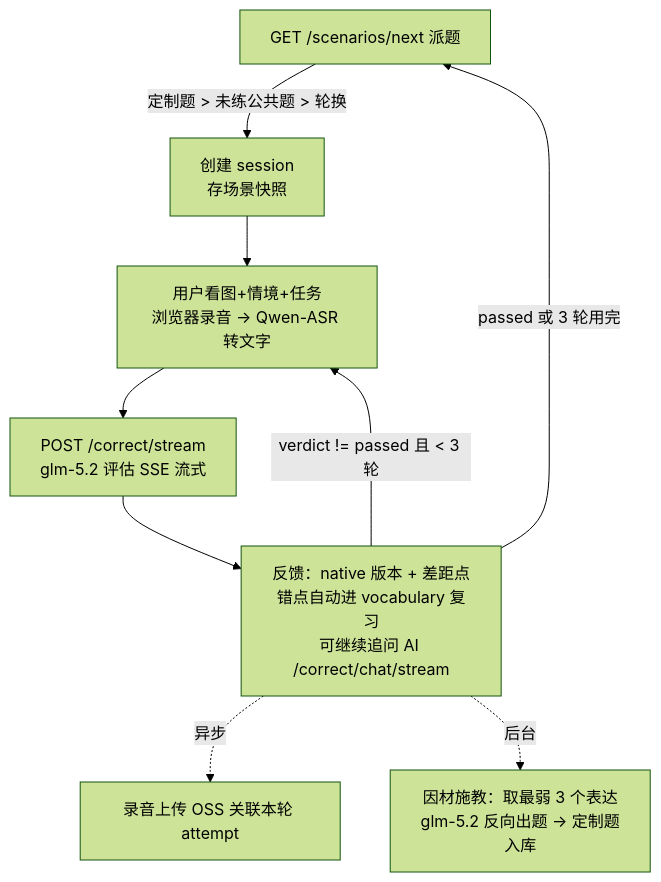
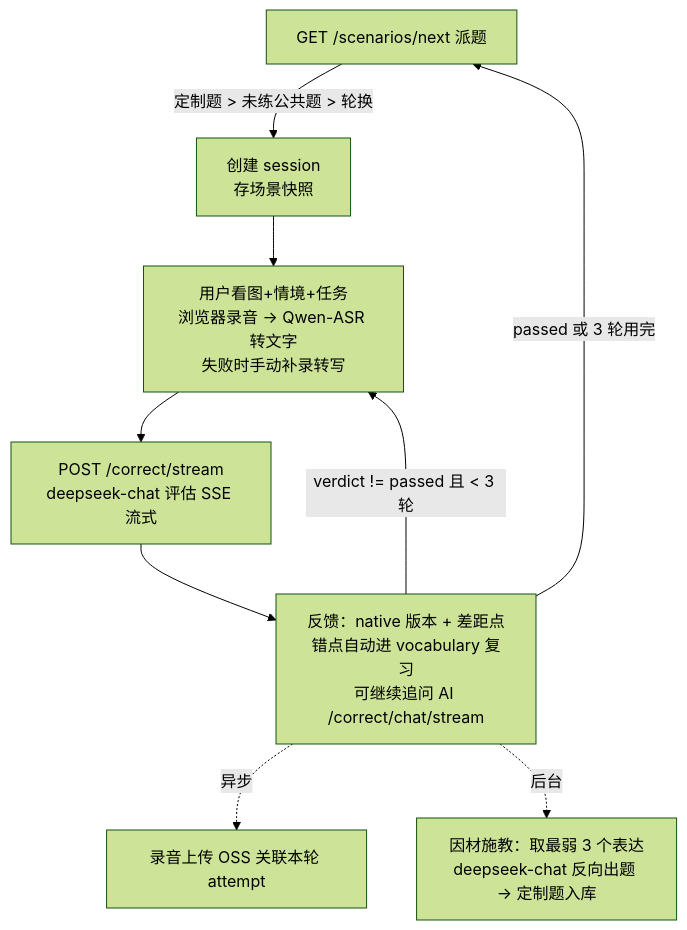
One commit to makewheels/speakup changed the diagram in docs/design/scenario-mode.md. Above: the diagram before and after it, drawn with Mermaid (forest theme). The commit also changed other lines of this file and 12 other files, not shown here.

````diff
--- a/docs/design/scenario-mode.md
+++ b/docs/design/scenario-mode.md
@@ -7,11 +7,11 @@
 ```mermaid
 flowchart TD
     A[GET /scenarios/next 派题] -->|定制题 > 未练公共题 > 轮换| B[创建 session<br/>存场景快照]
-    B --> C[用户看图+情境+任务<br/>浏览器录音 → Qwen-ASR 转文字]
-    C --> D[POST /correct/stream<br/>glm-5.2 评估 SSE 流式]
+    B --> C[用户看图+情境+任务<br/>浏览器录音 → Qwen-ASR 转文字<br/>失败时手动补录转写]
+    C --> D[POST /correct/stream<br/>deepseek-chat 评估 SSE 流式]
     D --> E[反馈：native 版本 + 差距点<br/>错点自动进 vocabulary 复习<br/>可继续追问 AI /correct/chat/stream]
     E -->|verdict != passed 且 < 3 轮| C
     E -->|passed 或 3 轮用完| A
     E -.异步.-> F[录音上传 OSS 关联本轮 attempt]
-    E -.后台.-> G[因材施教：取最弱 3 个表达<br/>glm-5.2 反向出题 → 定制题入库]
+    E -.后台.-> G[因材施教：取最弱 3 个表达<br/>deepseek-chat 反向出题 → 定制题入库]
 ```
````
